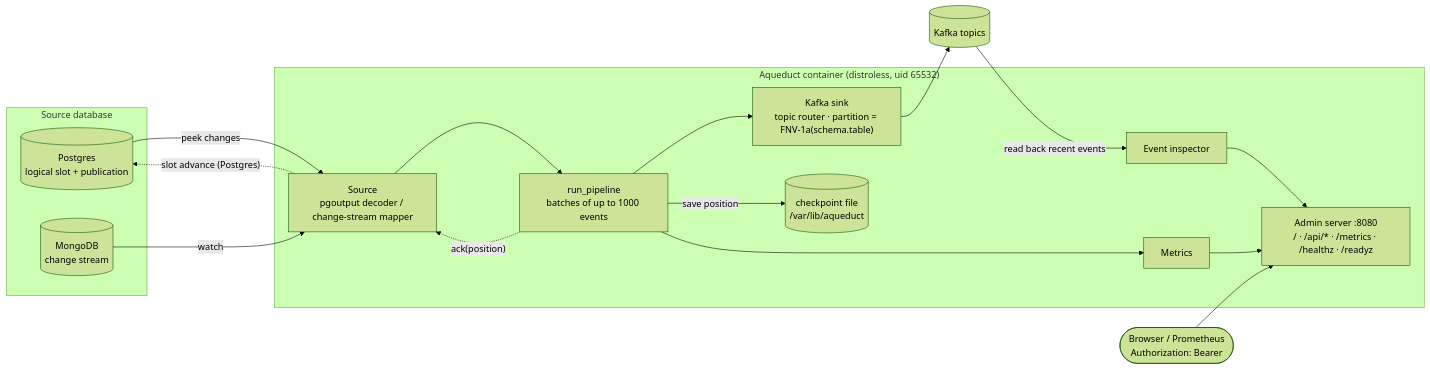
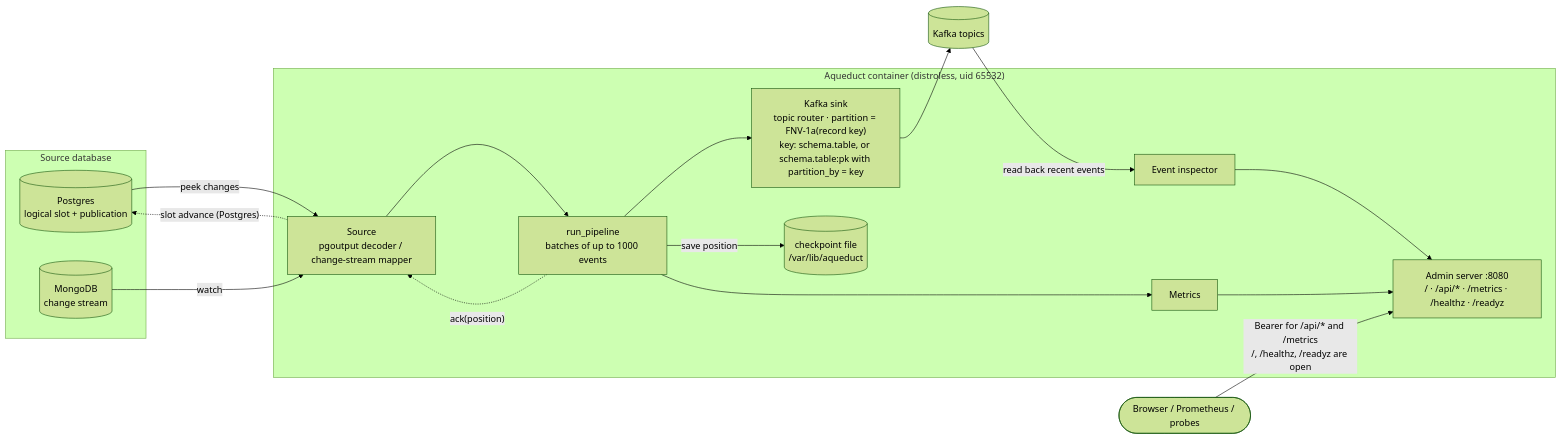
Before and after one commit to yarncraft/aqueduct: the first of 3 diagrams in README.md, drawn with Mermaid (forest theme). The commit also changed other lines of this file and 2 other files, not shown here.

Commit message:
docs: partition label covers partition_by = key; mark which admin routes need Bearer; document partition_by
partition_by existed in config.rs/kafka.rs but was missing from README, DEPLOYMENT and CLAUDE.md.

````diff
--- a/README.md
+++ b/README.md
@@ -18,30 +18,30 @@
 ```mermaid
 flowchart LR
     subgraph db["Source database"]
         PG[("Postgres<br/>logical slot + publication")]
         MG[("MongoDB<br/>change stream")]
     end
 
     subgraph aq["Aqueduct container (distroless, uid 65532)"]
         SRC["Source<br/>pgoutput decoder / change-stream mapper"]
         PIPE["run_pipeline<br/>batches of up to 1000 events"]
-        SINK["Kafka sink<br/>topic router · partition = FNV-1a(schema.table)"]
+        SINK["Kafka sink<br/>topic router · partition = FNV-1a(record key)<br/>key: schema.table, or schema.table:pk with partition_by = key"]
         CK[("checkpoint file<br/>/var/lib/aqueduct")]
         MET["Metrics"]
         ADM["Admin server :8080<br/>/ · /api/* · /metrics · /healthz · /readyz"]
         INS["Event inspector"]
     end
 
     K[("Kafka topics")]
-    U(["Browser / Prometheus<br/>Authorization: Bearer"])
+    U(["Browser / Prometheus / probes"])
 
     PG -- "peek changes" --> SRC
     MG -- "watch" --> SRC
     SRC --> PIPE --> SINK --> K
     PIPE -- "save position" --> CK
     PIPE -. "ack(position)" .-> SRC
     SRC -. "slot advance (Postgres)" .-> PG
     PIPE --> MET --> ADM
     K -- "read back recent events" --> INS --> ADM
-    U --> ADM
+    U -- "Bearer for /api/* and /metrics<br/>/, /healthz, /readyz are open" --> ADM
 ```
````
